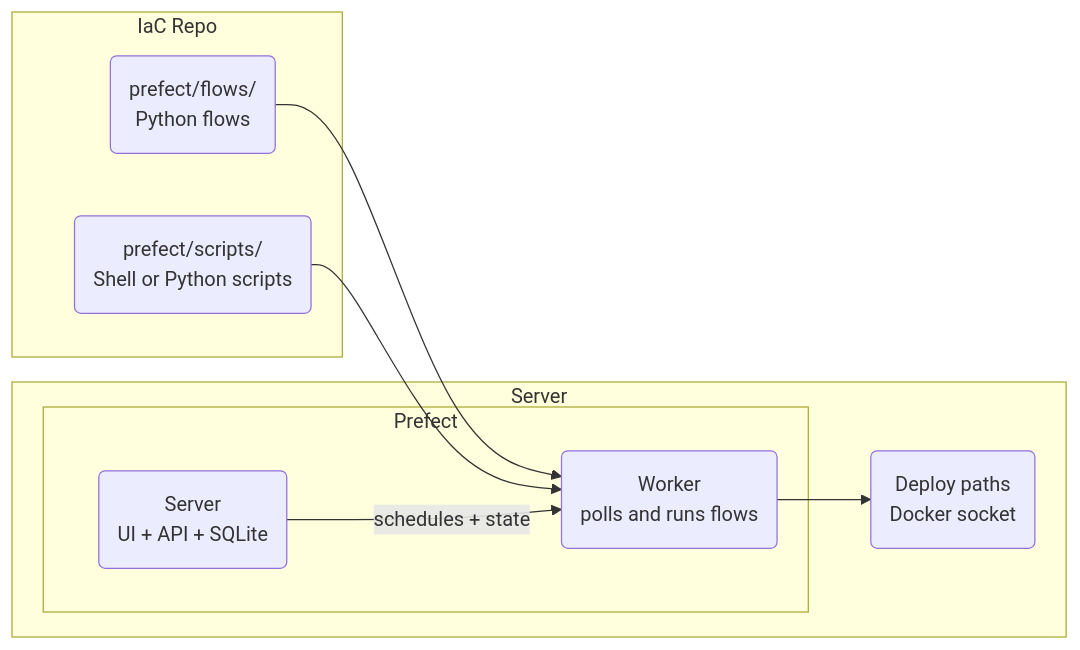
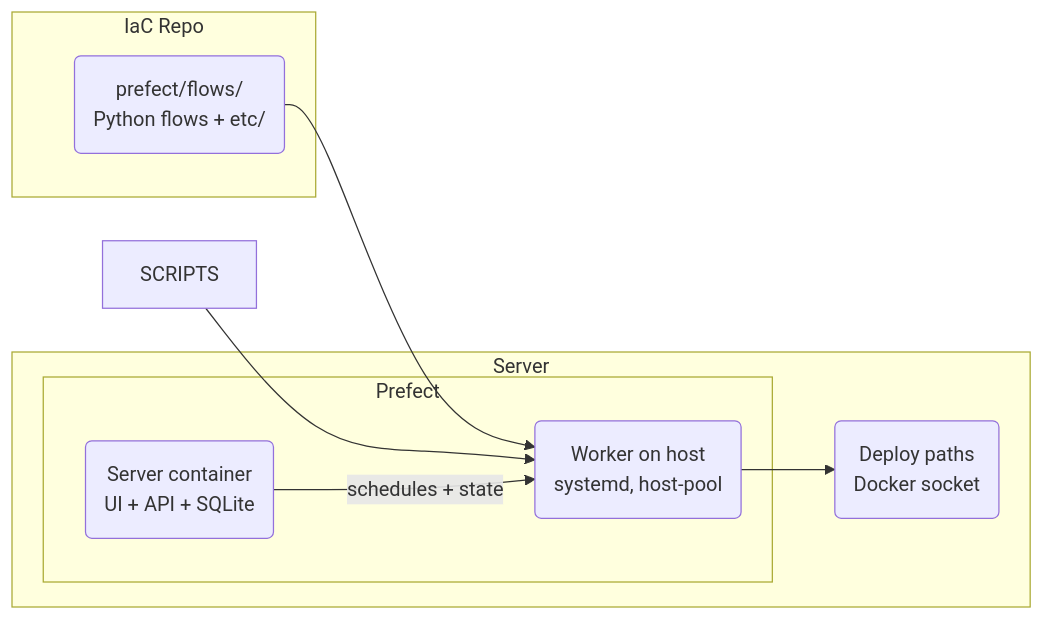
The diagram in docs/workflows.md (rednaw/iac), drawn with Mermaid before and after one commit. The commit also changed other lines of this file and 9 other files, not shown here.

````diff
--- a/docs/workflows.md
+++ b/docs/workflows.md
@@ -7,20 +7,19 @@
 ```mermaid
 flowchart LR
     subgraph REPO["IaC Repo"]
-        FLOWS(prefect/flows/<br/>Python flows)
-        SCRIPTS(prefect/scripts/<br/>Shell or Python scripts)
+        FLOWS(prefect/flows/<br/>Python flows + etc/)
     end
 
     subgraph SERVER["Server"]
         subgraph PREFECT["Prefect"]
-            PSERVER(Server<br/>UI + API + SQLite)
-            PWORKER(Worker<br/>polls and runs flows)
+            PSERVER(Server container<br/>UI + API + SQLite)
+            PWORKER(Worker on host<br/>systemd, host-pool)
         end
         DEPLOY(Deploy paths<br/>Docker socket)
     end
 
     FLOWS --> PWORKER
     SCRIPTS --> PWORKER
     PWORKER --> DEPLOY
     PSERVER -->|schedules + state| PWORKER
 ```
````
